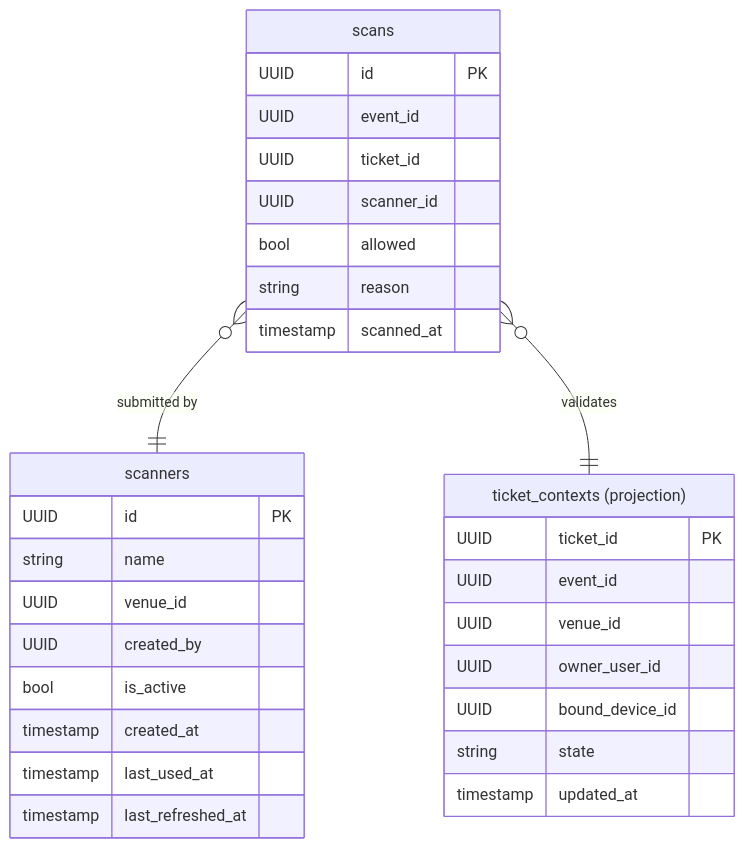
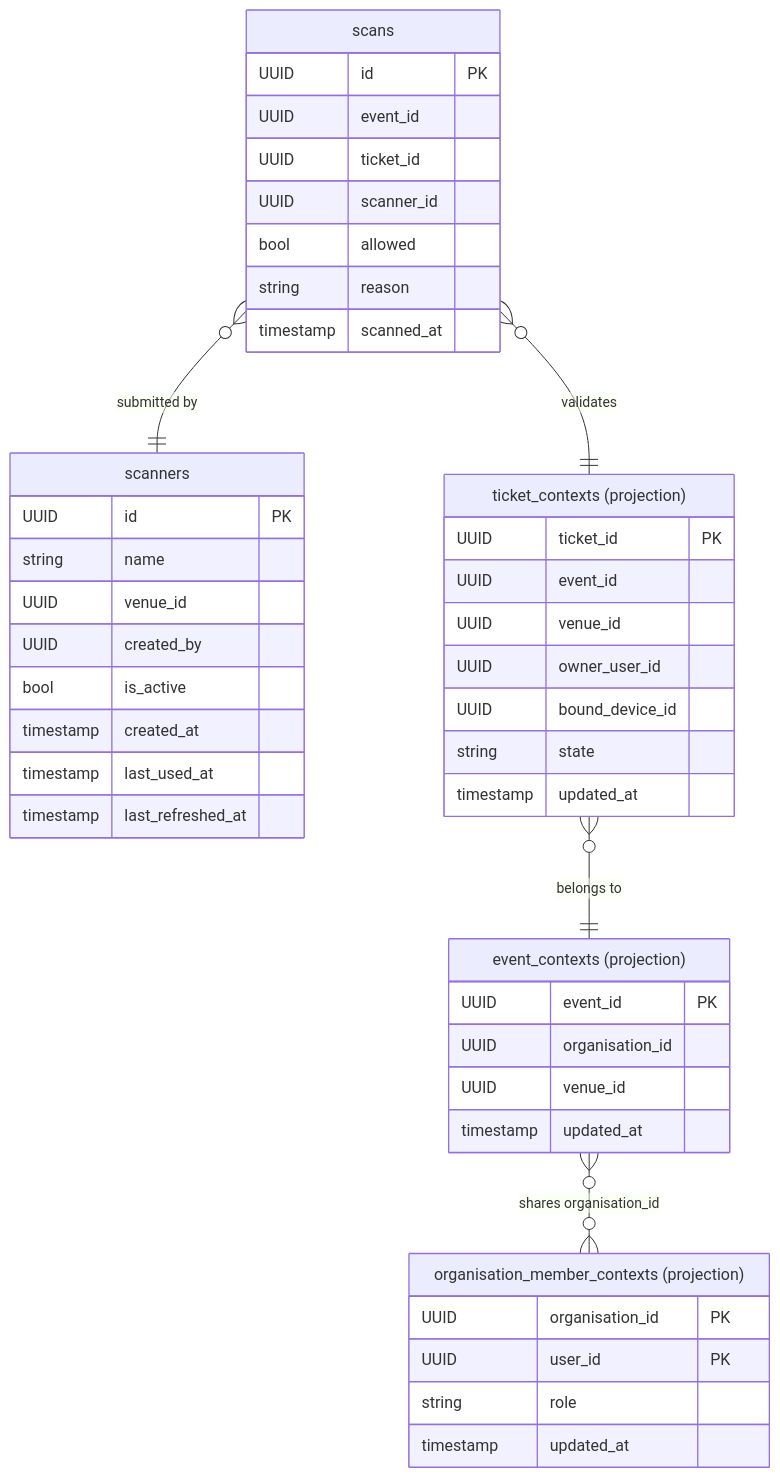
The diagram in docs/architecture/apps/api/services/entry/schema.md (cristiangilsanz/qrew), drawn with Mermaid before and after one commit. The commit also changed other lines of this file and 102 other files, not shown here.

````diff
--- a/docs/architecture/apps/api/services/entry/schema.md
+++ b/docs/architecture/apps/api/services/entry/schema.md
@@ -3,36 +3,52 @@
 ```mermaid
 erDiagram
     scanners {
         UUID id PK
         string name
         UUID venue_id
         UUID created_by
         bool is_active
         timestamp created_at
         timestamp last_used_at
         timestamp last_refreshed_at
     }
 
     scans {
         UUID id PK
         UUID event_id
         UUID ticket_id
         UUID scanner_id
         bool allowed
         string reason
         timestamp scanned_at
     }
 
     ticket_contexts["ticket_contexts (projection)"] {
         UUID ticket_id PK
         UUID event_id
         UUID venue_id
         UUID owner_user_id
         UUID bound_device_id
         string state
         timestamp updated_at
     }
 
+    event_contexts["event_contexts (projection)"] {
+        UUID event_id PK
+        UUID organisation_id
+        UUID venue_id
+        timestamp updated_at
+    }
+
+    organisation_member_contexts["organisation_member_contexts (projection)"] {
+        UUID organisation_id PK
+        UUID user_id PK
+        string role
+        timestamp updated_at
+    }
+
     scans }o--|| scanners : "submitted by"
     scans }o--|| ticket_contexts : "validates"
+    ticket_contexts }o--|| event_contexts : "belongs to"
+    event_contexts }o--o{ organisation_member_contexts : "shares organisation_id"
 ```
````
